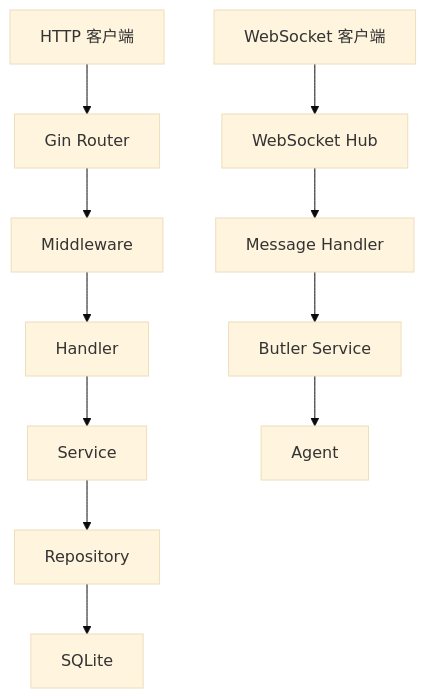
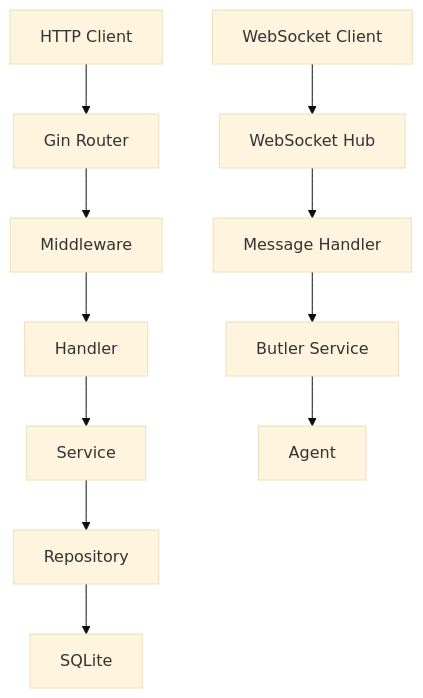
Before and after one commit to L-Rocket/EchoCenter: the diagram in docs/architecture/backend.md, drawn with Mermaid (base theme). The commit also changed other lines of this file and 21 other files, not shown here.

````diff
--- a/docs/architecture/backend.md
+++ b/docs/architecture/backend.md
@@ -72,14 +72,14 @@
 ```mermaid
 graph TD
-    A[HTTP 客户端] --> B[Gin Router]
+    A[HTTP Client] --> B[Gin Router]
     B --> C[Middleware]
     C --> D[Handler]
     D --> E[Service]
     E --> F[Repository]
     F --> G[SQLite]
     
-    H[WebSocket 客户端] --> I[WebSocket Hub]
+    H[WebSocket Client] --> I[WebSocket Hub]
     I --> J[Message Handler]
     J --> K[Butler Service]
     K --> L[Agent]
 ```
````
